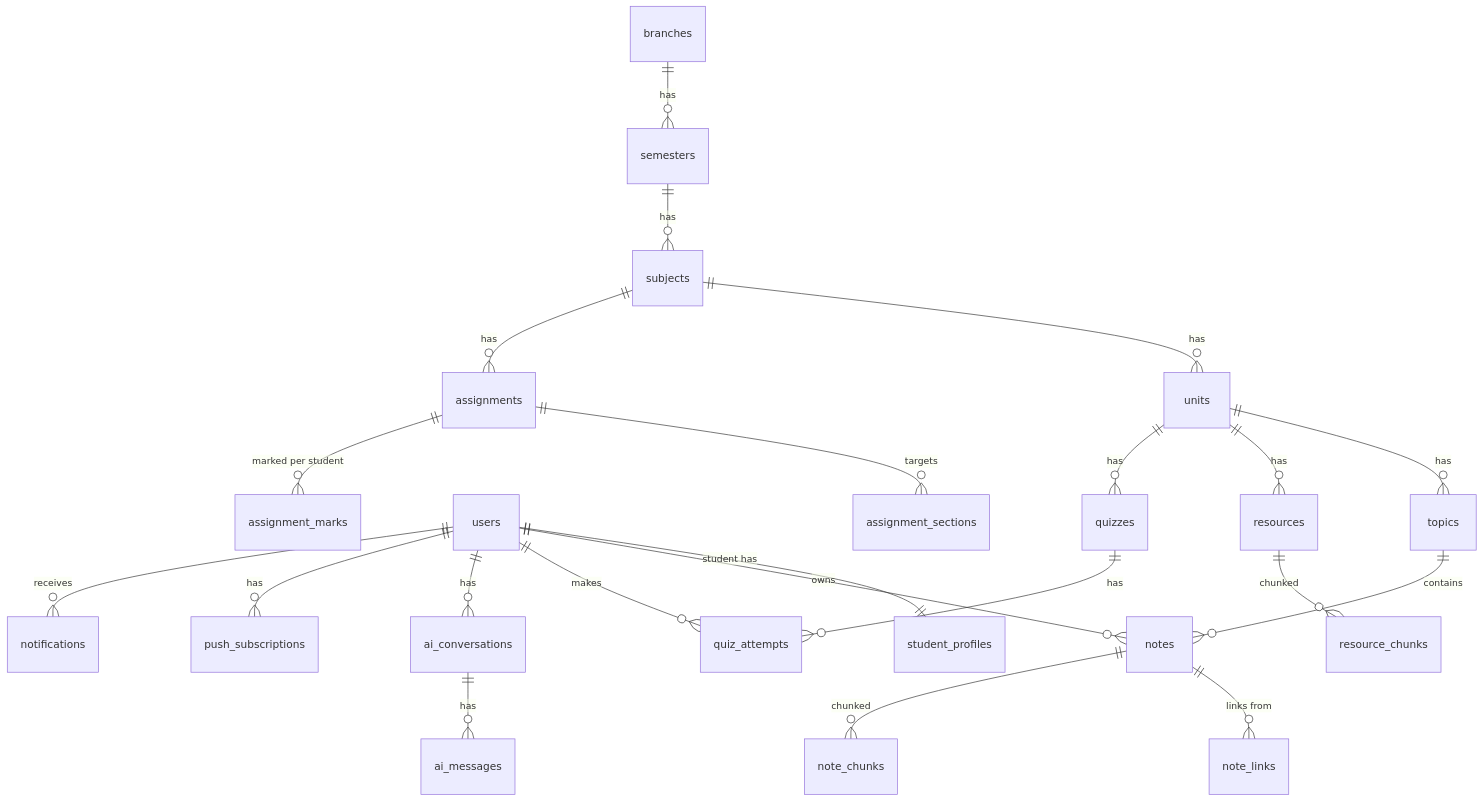
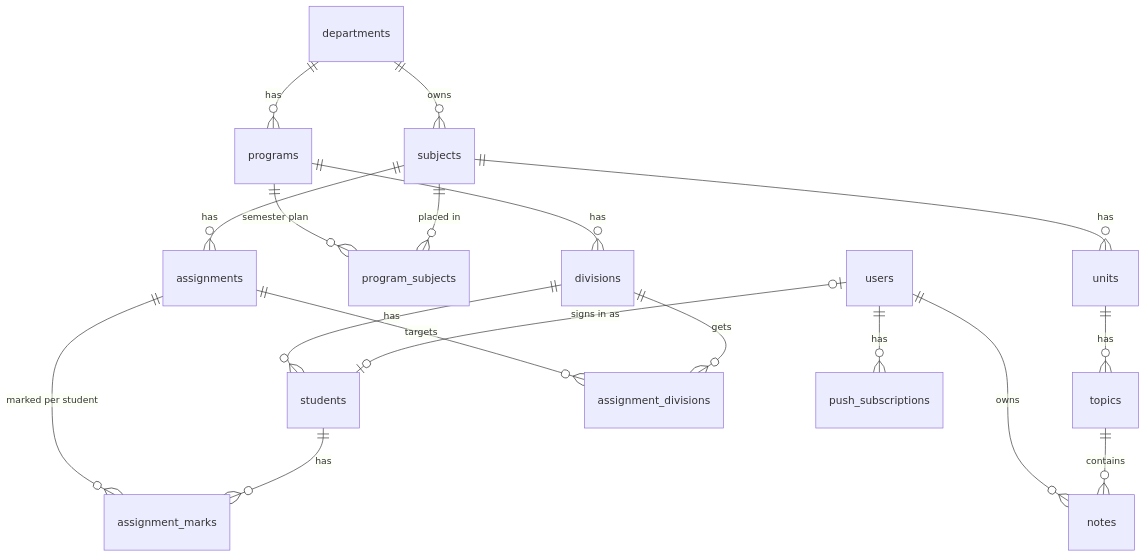
Before and after one commit to adarzhpathade/weave: the diagram in docs/database_schema.md, drawn with Mermaid. The commit also changed other lines of this file and 15 other files, not shown here.

````diff
--- a/docs/database_schema.md
+++ b/docs/database_schema.md
@@ -41,24 +60,20 @@
 ```mermaid
 erDiagram
-  branches ||--o{ semesters : has
-  semesters ||--o{ subjects : has
+  departments ||--o{ programs : has
+  programs ||--o{ divisions : has
+  departments ||--o{ subjects : owns
+  programs ||--o{ program_subjects : "semester plan"
+  subjects ||--o{ program_subjects : "placed in"
   subjects ||--o{ units : has
   units ||--o{ topics : has
-  users ||--|| student_profiles : "student has"
+  divisions ||--o{ students : has
+  users |o--o| students : "signs in as"
   users ||--o{ notes : owns
-  topics ||--o{ notes : "contains"
-  notes ||--o{ note_links : "links from"
-  notes ||--o{ note_chunks : "chunked"
-  units ||--o{ resources : has
-  resources ||--o{ resource_chunks : "chunked"
+  topics ||--o{ notes : contains
   subjects ||--o{ assignments : has
-  assignments ||--o{ assignment_sections : targets
+  assignments ||--o{ assignment_divisions : targets
+  divisions ||--o{ assignment_divisions : gets
   assignments ||--o{ assignment_marks : "marked per student"
-  units ||--o{ quizzes : has
-  quizzes ||--o{ quiz_attempts : has
-  users ||--o{ quiz_attempts : makes
-  users ||--o{ ai_conversations : has
-  ai_conversations ||--o{ ai_messages : has
+  students ||--o{ assignment_marks : has
   users ||--o{ push_subscriptions : has
-  users ||--o{ notifications : receives
 ```
````
